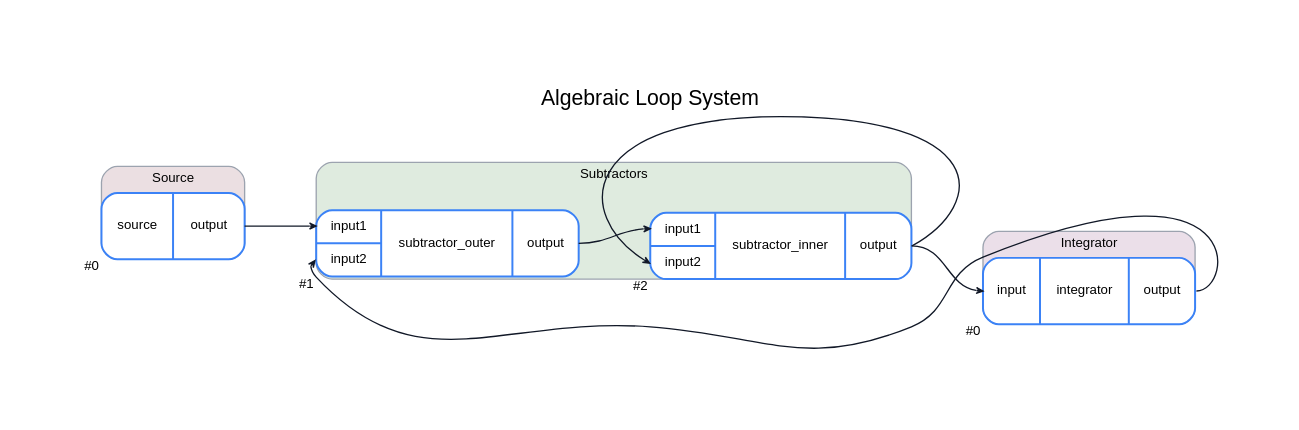
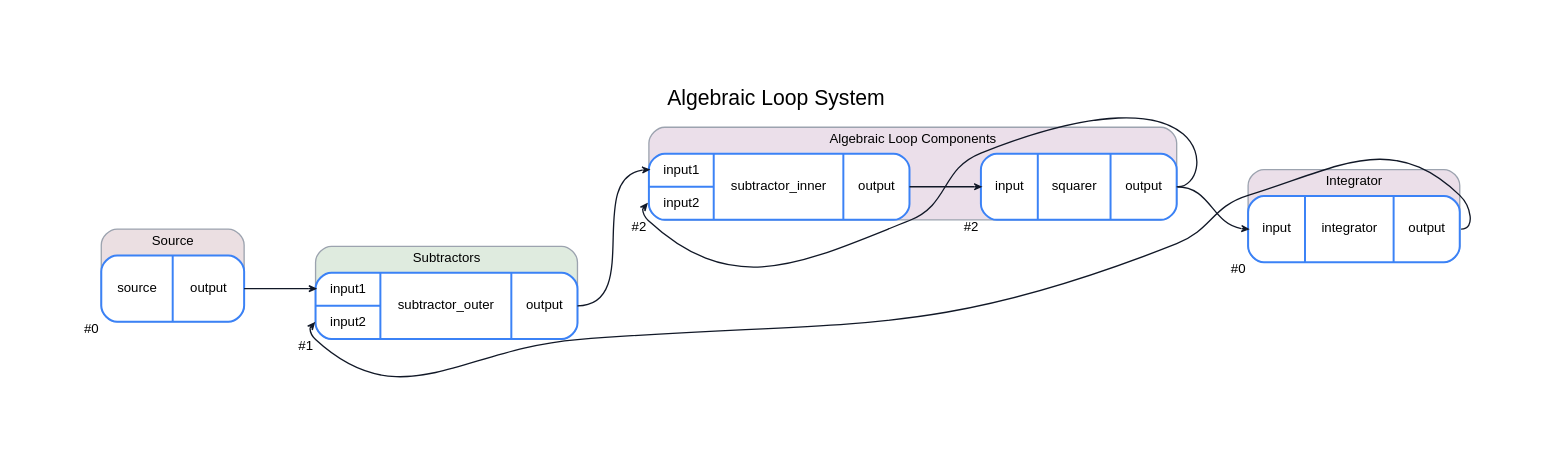
The diagram in examples/AlgebraicLoops/Digraph.gv (FlorianFrech/SystemSimulation), drawn with Graphviz before and after one commit. The commit also changed 41 other files, not shown here.

```diff
--- a/examples/AlgebraicLoops/Digraph.gv
+++ b/examples/AlgebraicLoops/Digraph.gv
@@ -1,24 +1,29 @@
 // System: Algebraic Loop System
 digraph {
 	graph [bgcolor=white compound=true esep=0 fontname=Helvetica fontsize=16 label="Algebraic Loop System" labelloc=t margin=0.2 nodesep=1 pad=0.75 rankdir=LR ranksep=0.75 sep=0 smoothType=graph_dist splines=true]
 	node [color="#3b82f6" fillcolor=white fontname=Helvetica fontsize=10 height=0.7 margin="0.12,0.1" penwidth=1.5 shape=record style="rounded,filled" width=1.5]
 	edge [arrowhead=open arrowsize=0.5 arrowtail=none color="#111827" dir=forward fontname=Helvetica fontsize=10 labelangle=45 labelfontcolor="#374151" minlen=1.4 penwidth=1 style=solid]
 	subgraph cluster_Source {
 		bgcolor="#ebdfe2" color="#9ca3af" fontname=Helvetica fontsize=10 label=Source style=rounded
 		source [label="{ source | { <output> output } }" xlabel="#0"]
 	}
 	subgraph cluster_Subtractors {
 		bgcolor="#dfebdf" color="#9ca3af" fontname=Helvetica fontsize=10 label=Subtractors style=rounded
 		subtractor_outer [label="{ { <input1> input1 | <input2> input2 } | subtractor_outer | { <output> output } }" xlabel="#1"]
+	}
+	subgraph "cluster_Algebraic Loop Components" {
+		bgcolor="#ebdfea" color="#9ca3af" fontname=Helvetica fontsize=10 label="Algebraic Loop Components" style=rounded
 		subtractor_inner [label="{ { <input1> input1 | <input2> input2 } | subtractor_inner | { <output> output } }" xlabel="#2"]
+		squarer [label="{ { <input> input } | squarer | { <output> output } }" xlabel="#2"]
 	}
 	subgraph cluster_Integrator {
 		bgcolor="#ebdfe9" color="#9ca3af" fontname=Helvetica fontsize=10 label=Integrator style=rounded
 		integrator [label="{ { <input> input } | integrator | { <output> output } }" xlabel="#0"]
 	}
 	source -> subtractor_outer [label="" color="#111827" headclip=true headport="input1:w" style=solid tailclip=true tailport="output:e"]
 	subtractor_outer -> subtractor_inner [label="" color="#111827" headclip=true headport="input1:w" style=solid tailclip=true tailport="output:e"]
-	subtractor_inner -> integrator [label="" color="#111827" headclip=true headport="input:w" style=solid tailclip=true tailport="output:e"]
-	subtractor_inner -> subtractor_inner [label="" color="#111827" headclip=true headport="input2:w" style=solid tailclip=true tailport="output:e"]
+	subtractor_inner -> squarer [label="" color="#111827" headclip=true headport="input:w" style=solid tailclip=true tailport="output:e"]
+	squarer -> integrator [label="" color="#111827" headclip=true headport="input:w" style=solid tailclip=true tailport="output:e"]
+	squarer -> subtractor_inner [label="" color="#111827" headclip=true headport="input2:w" style=solid tailclip=true tailport="output:e"]
 	integrator -> subtractor_outer [label="" color="#111827" headclip=true headport="input2:w" style=solid tailclip=true tailport="output:e"]
 }
```
